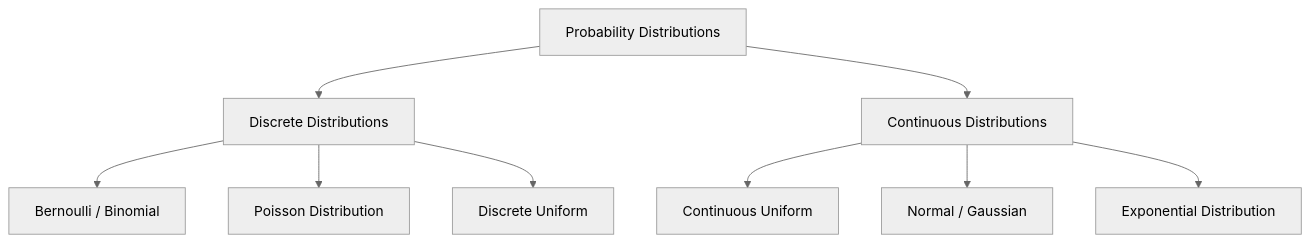
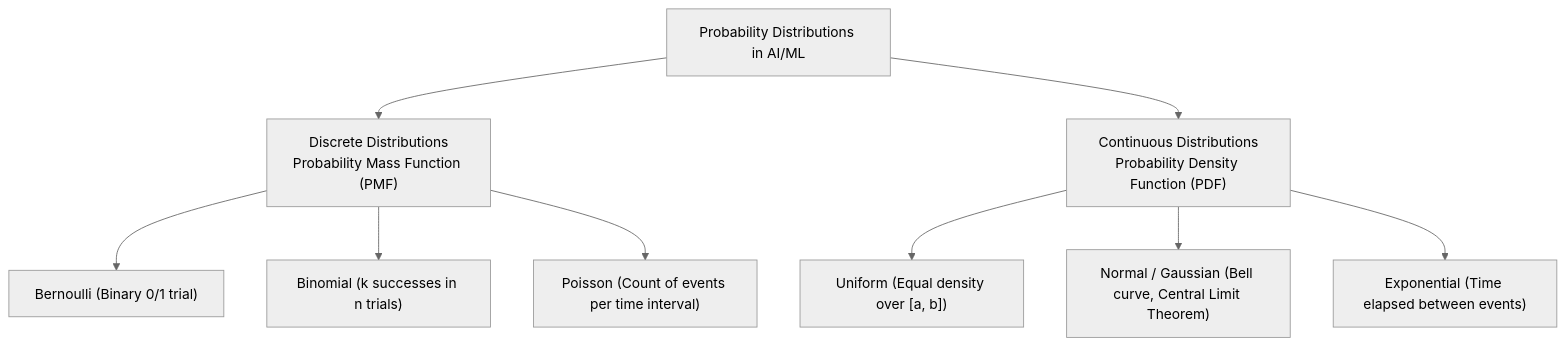
The diagram in lecture_20/Notes_20.17/README.md (S1h2i3v4a/AI_ML), drawn with Mermaid (neutral theme) before and after one commit. The commit also changed other lines of this file and 203 other files, not shown here.

Commit message:
docs(lectures 19-21): align notes with video lectures, add blackboard diagrams, clean structured functions, and compile vector PDFs

````diff
--- a/lecture_20/Notes_20.17/README.md
+++ b/lecture_20/Notes_20.17/README.md
@@ -14,11 +10,13 @@
 ```mermaid
 flowchart TD
-    A["Probability Distributions"] --> B["Discrete Distributions"]
-    A --> C["Continuous Distributions"]
-    B --> D["Bernoulli / Binomial"]
-    B --> E["Poisson Distribution"]
-    B --> F["Discrete Uniform"]
-    C --> G["Continuous Uniform"]
-    C --> H["Normal / Gaussian"]
-    C --> I["Exponential Distribution"]
+    Dist["Probability Distributions in AI/ML"] --> Disc["Discrete Distributions<br/>Probability Mass Function (PMF)"]
+    Dist --> Cont["Continuous Distributions<br/>Probability Density Function (PDF)"]
+    
+    Disc --> Bern["Bernoulli (Binary 0/1 trial)"]
+    Disc --> Binom["Binomial (k successes in n trials)"]
+    Disc --> Pois["Poisson (Count of events per time interval)"]
+    
+    Cont --> Unif["Uniform (Equal density over [a, b])"]
+    Cont --> Norm["Normal / Gaussian (Bell curve, Central Limit Theorem)"]
+    Cont --> Exp["Exponential (Time elapsed between events)"]
 ```
````
